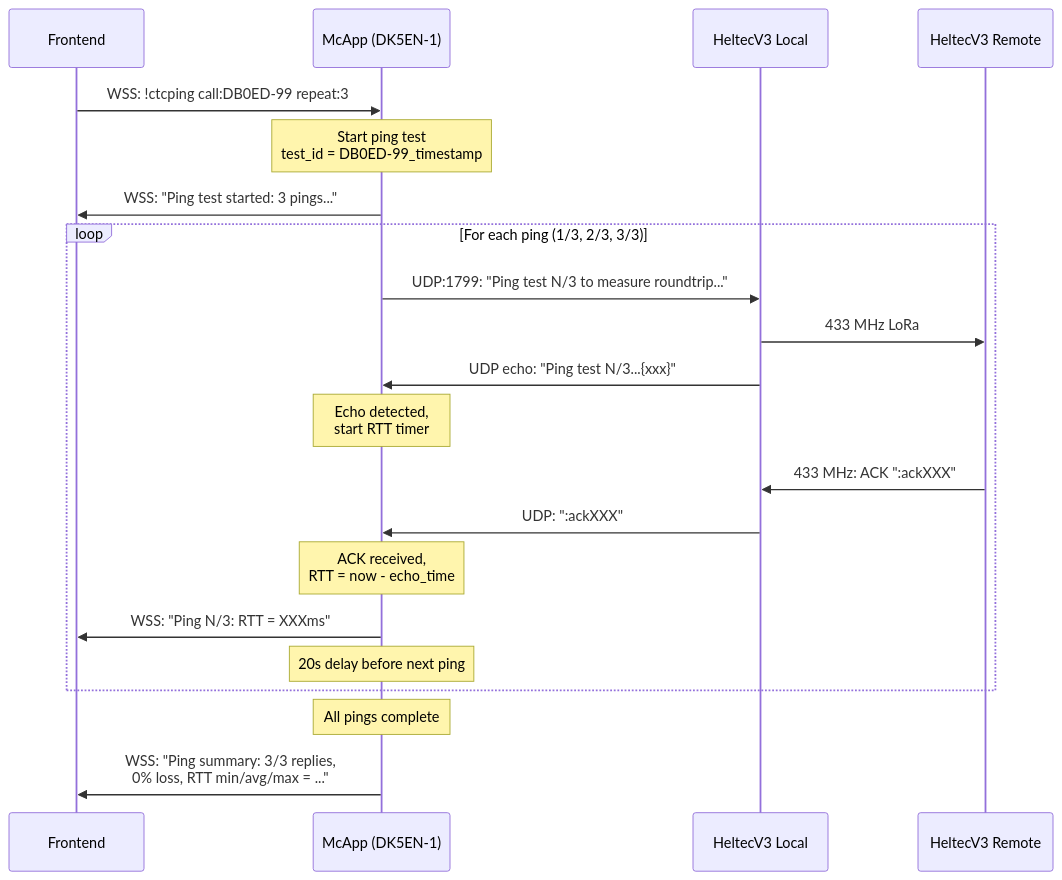
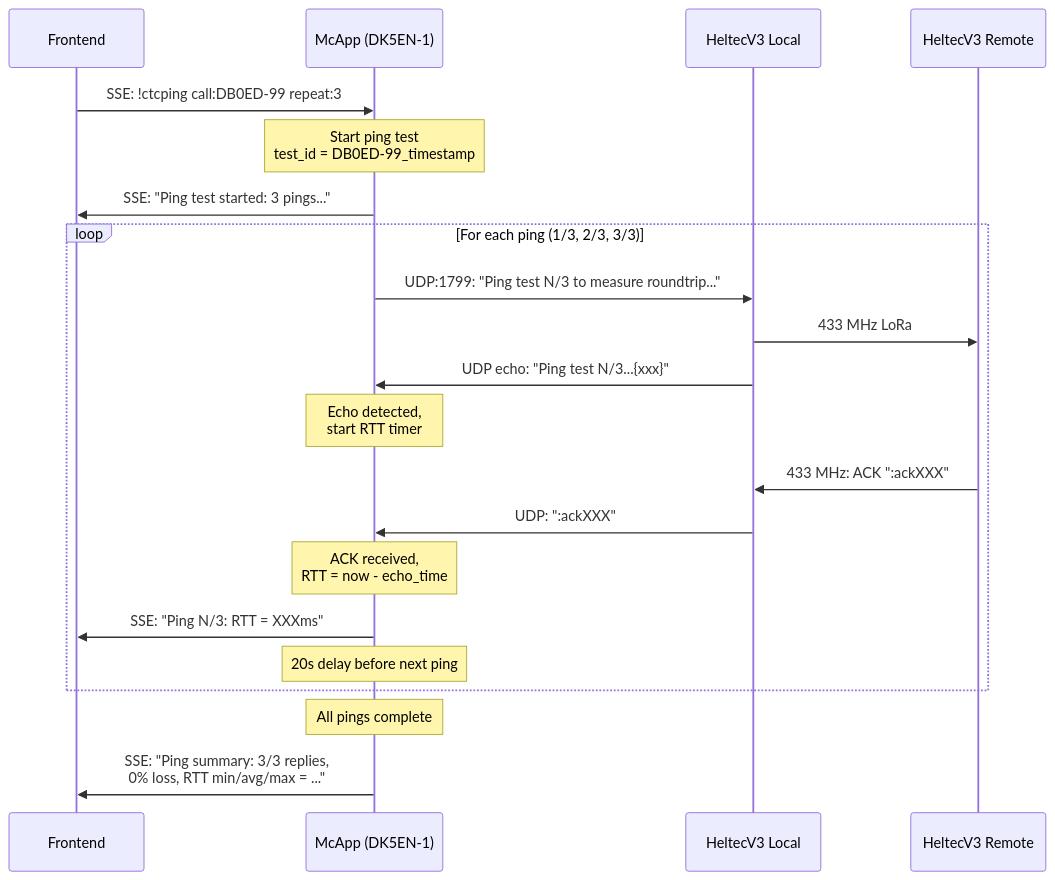
The seventh of 7 diagrams in doc/command-if.md (DK5EN/McApp), drawn with Mermaid before and after one commit. The commit also changed other lines of this file and 24 other files, not shown here.

````diff
--- a/doc/command-if.md
+++ b/doc/command-if.md
@@ -598,28 +598,28 @@
 ```mermaid
 sequenceDiagram
     participant FE as Frontend
     participant MC as McApp (DK5EN-1)
     participant HL as HeltecV3 Local
     participant HR as HeltecV3 Remote
 
-    FE->>MC: WSS: !ctcping call:DB0ED-99 repeat:3
+    FE->>MC: SSE: !ctcping call:DB0ED-99 repeat:3
 
     Note over MC: Start ping test<br/>test_id = DB0ED-99_timestamp
 
-    MC->>FE: WSS: "Ping test started: 3 pings..."
+    MC->>FE: SSE: "Ping test started: 3 pings..."
 
     loop For each ping (1/3, 2/3, 3/3)
         MC->>HL: UDP:1799: "Ping test N/3 to measure roundtrip..."
         HL->>HR: 433 MHz LoRa
         HL->>MC: UDP echo: "Ping test N/3...{xxx}"
         Note over MC: Echo detected,<br/>start RTT timer
         HR->>HL: 433 MHz: ACK ":ackXXX"
         HL->>MC: UDP: ":ackXXX"
         Note over MC: ACK received,<br/>RTT = now - echo_time
-        MC->>FE: WSS: "Ping N/3: RTT = XXXms"
+        MC->>FE: SSE: "Ping N/3: RTT = XXXms"
         Note over MC: 20s delay before next ping
     end
 
     Note over MC: All pings complete
-    MC->>FE: WSS: "Ping summary: 3/3 replies,<br/>0% loss, RTT min/avg/max = ..."
+    MC->>FE: SSE: "Ping summary: 3/3 replies,<br/>0% loss, RTT min/avg/max = ..."
 ```
````
